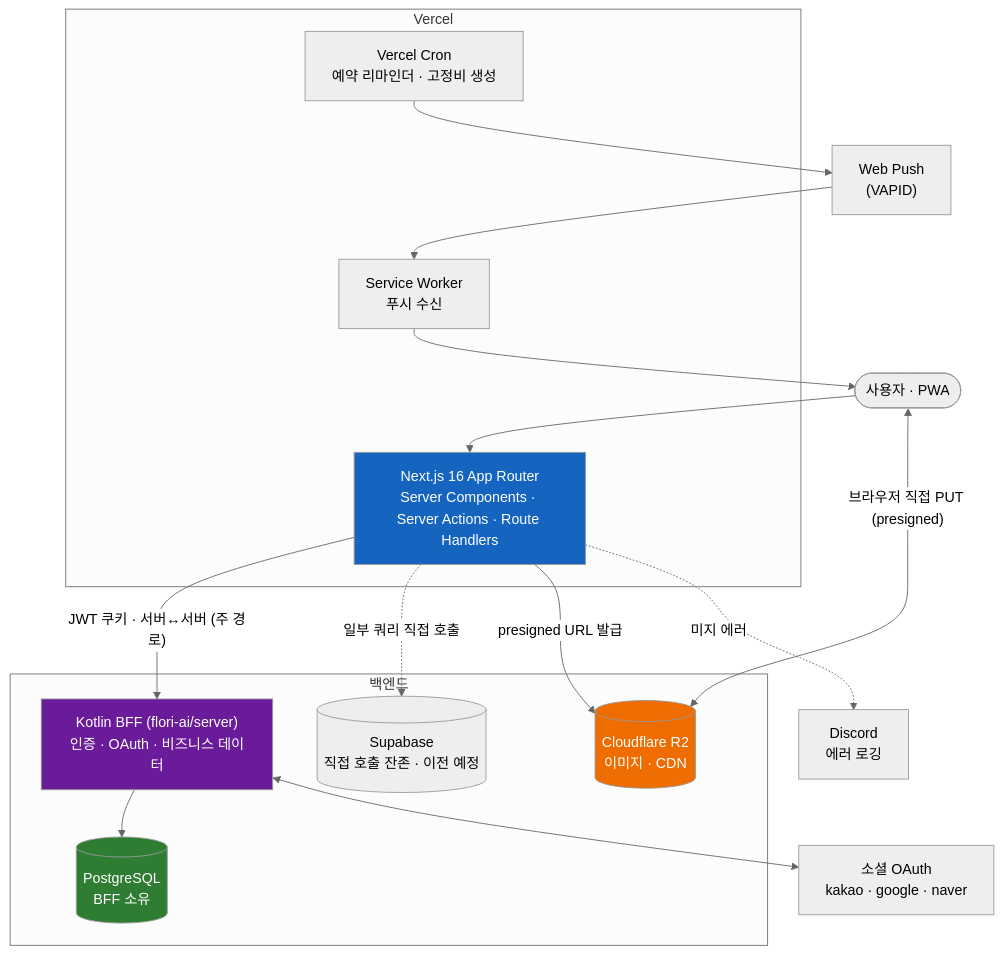
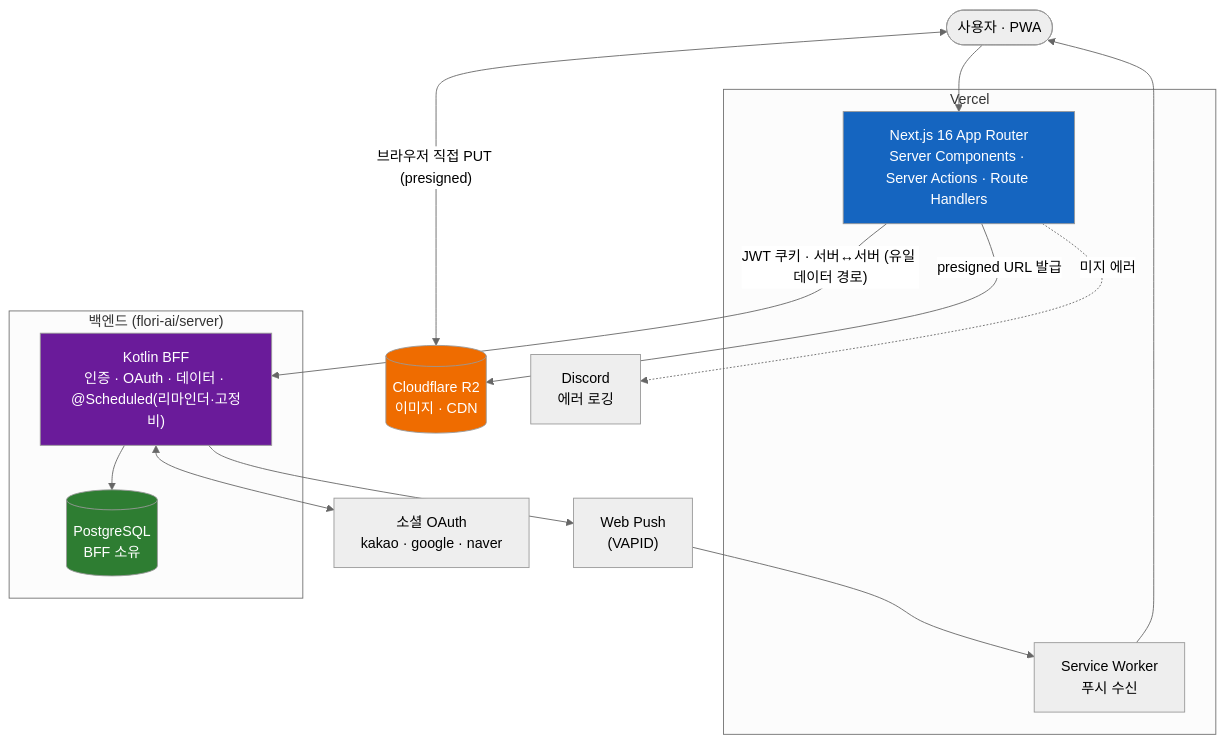
Before and after one commit to flori-ai-kr/web: the first of 3 diagrams in README.md, drawn with Mermaid (neutral theme). The commit also changed other lines of this file and 66 other files, not shown here.

First line of the commit message:
feat: 커뮤니티 게시판 추가 + Supabase 제거(BFF 전면 전환) + 헤더 리디자인

````diff
--- a/README.md
+++ b/README.md
@@ -93,36 +86,33 @@
 ```mermaid
 flowchart TB
     User([사용자 · PWA])
 
     subgraph Vercel["Vercel"]
         Next["Next.js 16 App Router\nServer Components · Server Actions · Route Handlers"]
-        Cron["Vercel Cron\n예약 리마인더 · 고정비 생성"]
         SW["Service Worker\n푸시 수신"]
     end
 
-    subgraph Backend["백엔드"]
-        BFF["Kotlin BFF (flori-ai/server)\n인증 · OAuth · 비즈니스 데이터"]
+    subgraph Backend["백엔드 (flori-ai/server)"]
+        BFF["Kotlin BFF\n인증 · OAuth · 데이터 · @Scheduled(리마인더·고정비)"]
         DB[("PostgreSQL\nBFF 소유")]
-        Supabase[("Supabase\n직접 호출 잔존 · 이전 예정")]
-        R2[("Cloudflare R2\n이미지 · CDN")]
     end
 
+    R2[("Cloudflare R2\n이미지 · CDN")]
     OAuth["소셜 OAuth\nkakao · google · naver"]
     Push["Web Push\n(VAPID)"]
     Discord["Discord\n에러 로깅"]
 
     User --> Next
     User <-->|"브라우저 직접 PUT (presigned)"| R2
-    Next -->|"JWT 쿠키 · 서버↔서버 (주 경로)"| BFF
-    Next -.->|"일부 쿼리 직접 호출"| Supabase
+    Next -->|"JWT 쿠키 · 서버↔서버 (유일 데이터 경로)"| BFF
     Next -->|"presigned URL 발급"| R2
     Next -.->|"미지 에러"| Discord
     BFF --> DB
     BFF <--> OAuth
-    Cron --> Push --> SW --> User
+    BFF --> Push --> SW --> User
 
     style Next fill:#1565c0,color:#fff
     style BFF fill:#6a1b9a,color:#fff
     style DB fill:#2e7d32,color:#fff
     style R2 fill:#ef6c00,color:#fff
 ```
````
